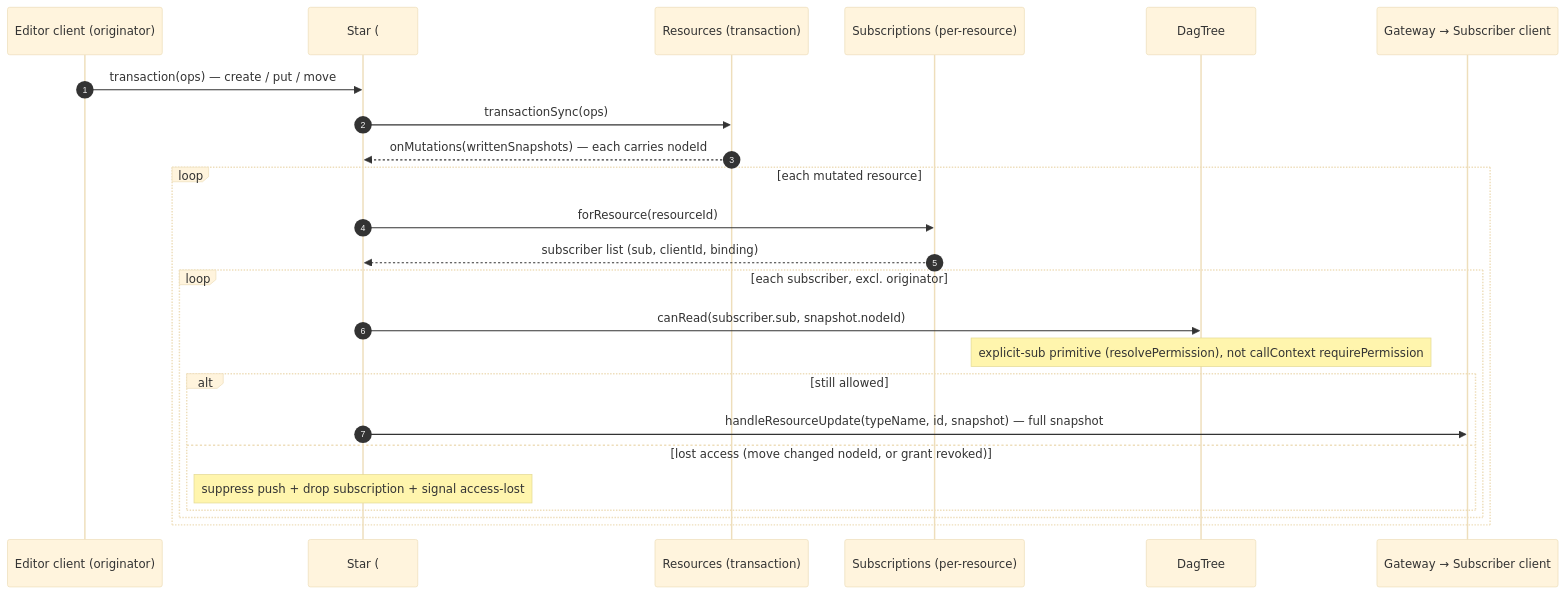
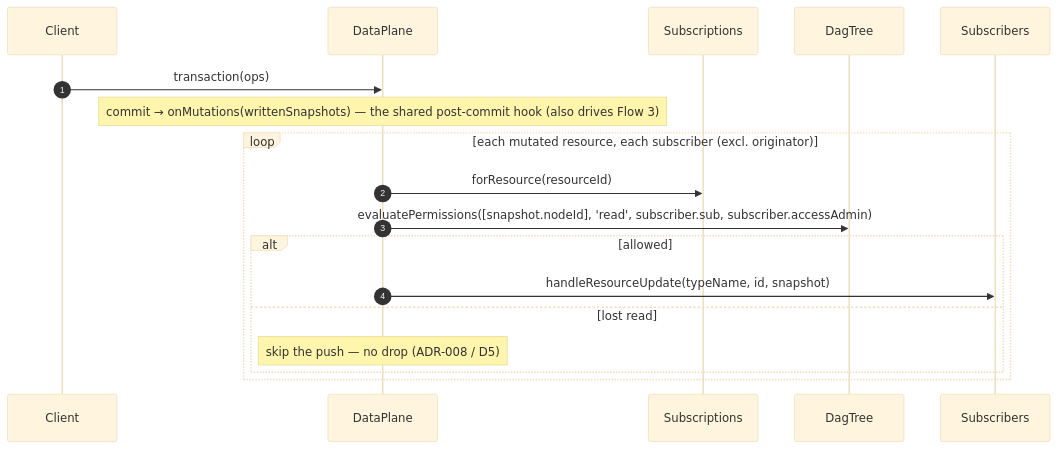
The third of 4 diagrams in tasks/nebula-query-subscriptions.md (lumenize/lumenize), drawn with Mermaid (base theme) before and after one commit. The commit also changed other lines of this file and 2 other files, not shown here.

First line of the commit message:
docs(pre-alpha): Child 2 query-subscriptions reviewed + build-ready (D1-D17, Phases 0-6)

````diff
--- a/tasks/nebula-query-subscriptions.md
+++ b/tasks/nebula-query-subscriptions.md
@@ -93,27 +117,21 @@
 ```mermaid
 sequenceDiagram
     autonumber
-    participant C2 as Editor client (originator)
-    participant ST as Star (#broadcast)
-    participant RES as Resources (transaction)
-    participant SUB as Subscriptions (per-resource)
+    participant Client
+    participant DataPlane
+    participant SUB as Subscriptions
     participant DT as DagTree
-    participant GW as Gateway → Subscriber client
+    participant Subscribers
 
-    C2->>ST: transaction(ops) — create / put / move
-    ST->>RES: transactionSync(ops)
-    RES-->>ST: onMutations(writtenSnapshots) — each carries nodeId
-    loop each mutated resource
-        ST->>SUB: forResource(resourceId)
-        SUB-->>ST: subscriber list (sub, clientId, binding)
-        loop each subscriber, excl. originator
-            ST->>DT: canRead(subscriber.sub, snapshot.nodeId)
-            Note over DT: explicit-sub primitive (resolvePermission), not callContext requirePermission
-            alt still allowed
-                ST->>GW: handleResourceUpdate(typeName, id, snapshot) — full snapshot
-            else lost access (move changed nodeId, or grant revoked)
-                Note over ST: suppress push + drop subscription + signal access-lost
-            end
+    Client->>DataPlane: transaction(ops)
+    Note over DataPlane: commit → onMutations(writtenSnapshots) — the shared post-commit hook (also drives Flow 3)
+    loop each mutated resource, each subscriber (excl. originator)
+        DataPlane->>SUB: forResource(resourceId)
+        DataPlane->>DT: evaluatePermissions([snapshot.nodeId], 'read', subscriber.sub, subscriber.accessAdmin)
+        alt allowed
+            DataPlane->>Subscribers: handleResourceUpdate(typeName, id, snapshot)
+        else lost read
+            Note over DataPlane: skip the push — no drop (ADR-008 / D5)
         end
     end
 ```
````
